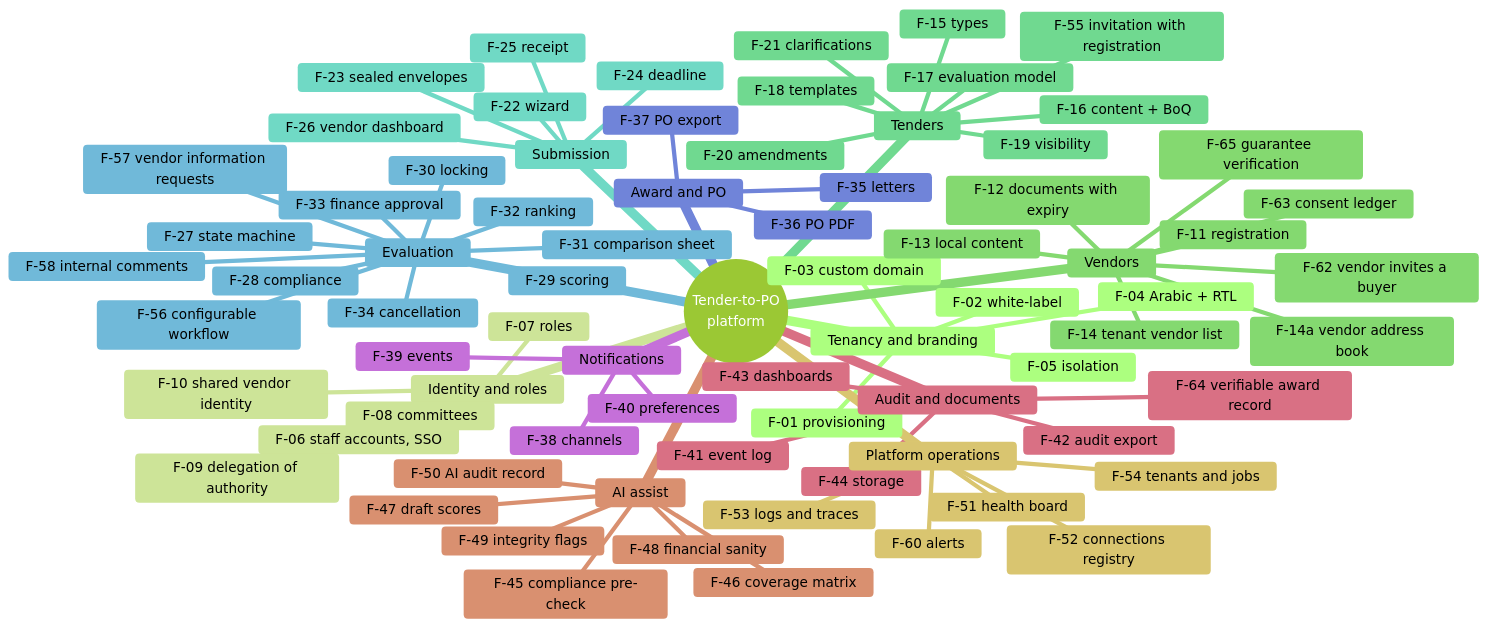
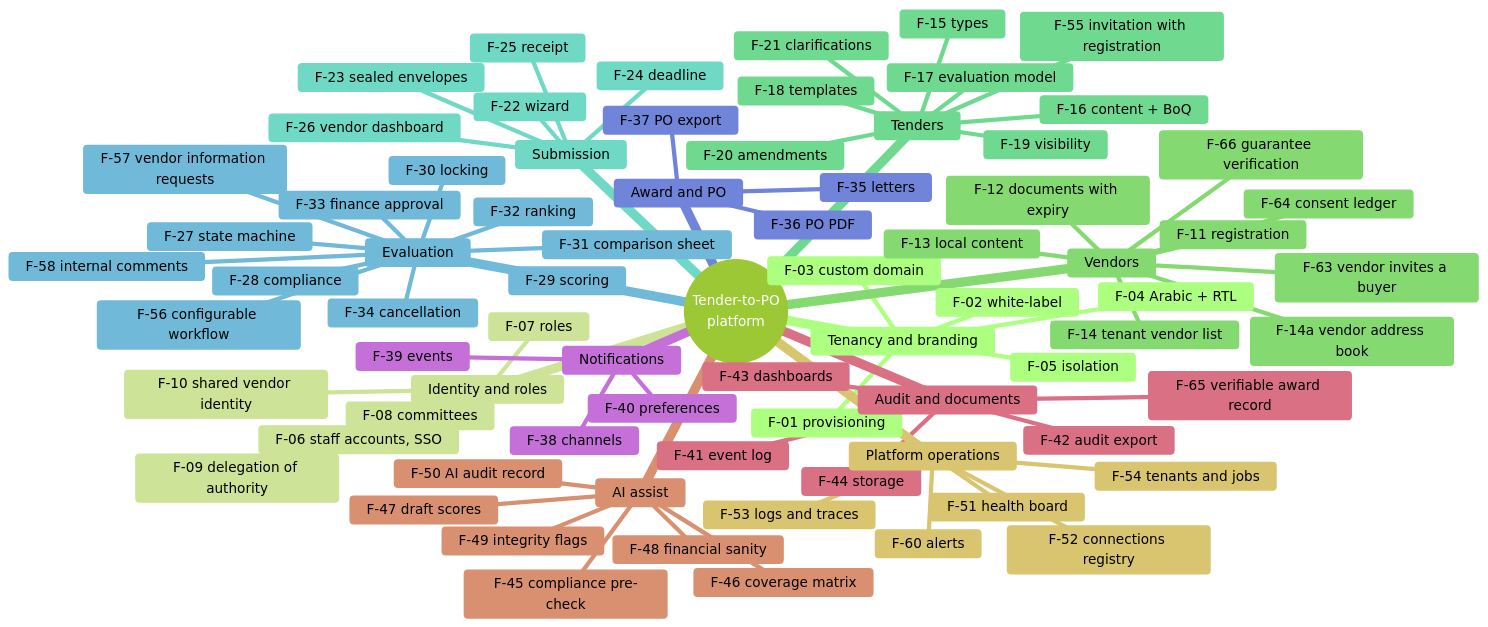
Before and after one commit to AhmedAssaf/ERP: diagram 13 of 13 in docs/03-diagrams.md, drawn with Mermaid (forest theme). The commit also changed 12 other files, not shown here.

````diff
--- a/docs/03-diagrams.md
+++ b/docs/03-diagrams.md
@@ -507,79 +507,79 @@
 ```mermaid
 mindmap
   root((Tender-to-PO<br/>platform))
     Tenancy and branding
       F-01 provisioning
       F-02 white-label
       F-03 custom domain
       F-04 Arabic + RTL
       F-05 isolation
     Identity and roles
       F-06 staff accounts, SSO
       F-07 roles
       F-08 committees
       F-09 delegation of authority
       F-10 shared vendor identity
     Vendors
       F-11 registration
       F-12 documents with expiry
       F-13 local content
       F-14 tenant vendor list
       F-14a vendor address book
-      F-62 vendor invites a buyer
-      F-63 consent ledger
-      F-65 guarantee verification
+      F-63 vendor invites a buyer
+      F-64 consent ledger
+      F-66 guarantee verification
     Tenders
       F-15 types
       F-16 content + BoQ
       F-17 evaluation model
       F-18 templates
       F-19 visibility
       F-20 amendments
       F-21 clarifications
       F-55 invitation with registration
     Submission
       F-22 wizard
       F-23 sealed envelopes
       F-24 deadline
       F-25 receipt
       F-26 vendor dashboard
     Evaluation
       F-27 state machine
       F-56 configurable workflow
       F-28 compliance
       F-29 scoring
       F-30 locking
       F-31 comparison sheet
       F-32 ranking
       F-33 finance approval
       F-34 cancellation
       F-57 vendor information requests
       F-58 internal comments
     Award and PO
       F-35 letters
       F-36 PO PDF
       F-37 PO export
     Notifications
       F-38 channels
       F-39 events
       F-40 preferences
     Audit and documents
       F-41 event log
       F-42 audit export
-      F-64 verifiable award record
+      F-65 verifiable award record
       F-43 dashboards
       F-44 storage
     AI assist
       F-45 compliance pre-check
       F-46 coverage matrix
       F-47 draft scores
       F-48 financial sanity
       F-49 integrity flags
       F-50 AI audit record
     Platform operations
       F-51 health board
       F-52 connections registry
       F-53 logs and traces
       F-54 tenants and jobs
       F-60 alerts
 ```
````
